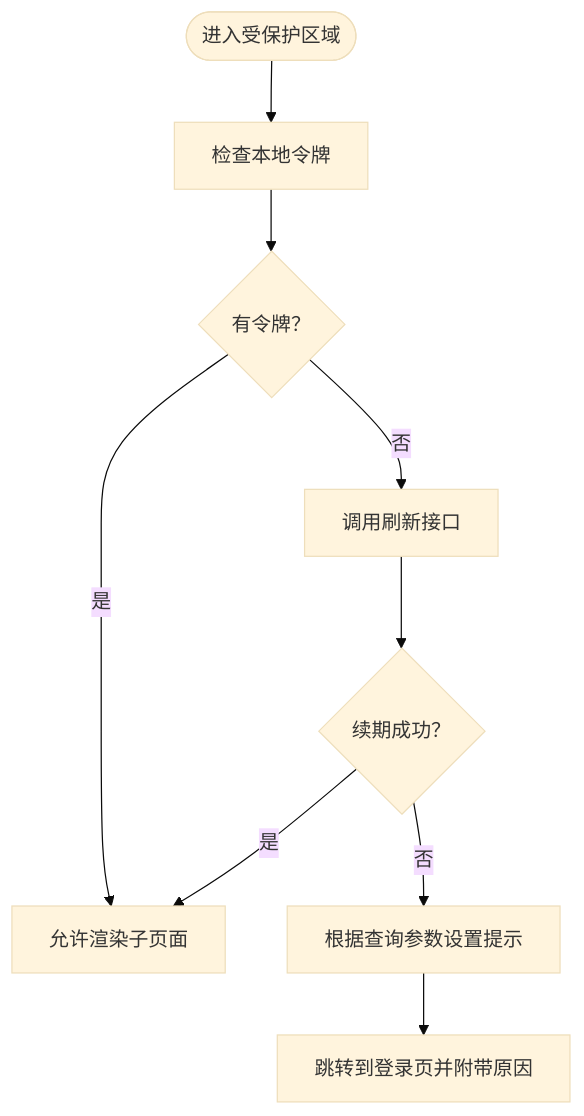
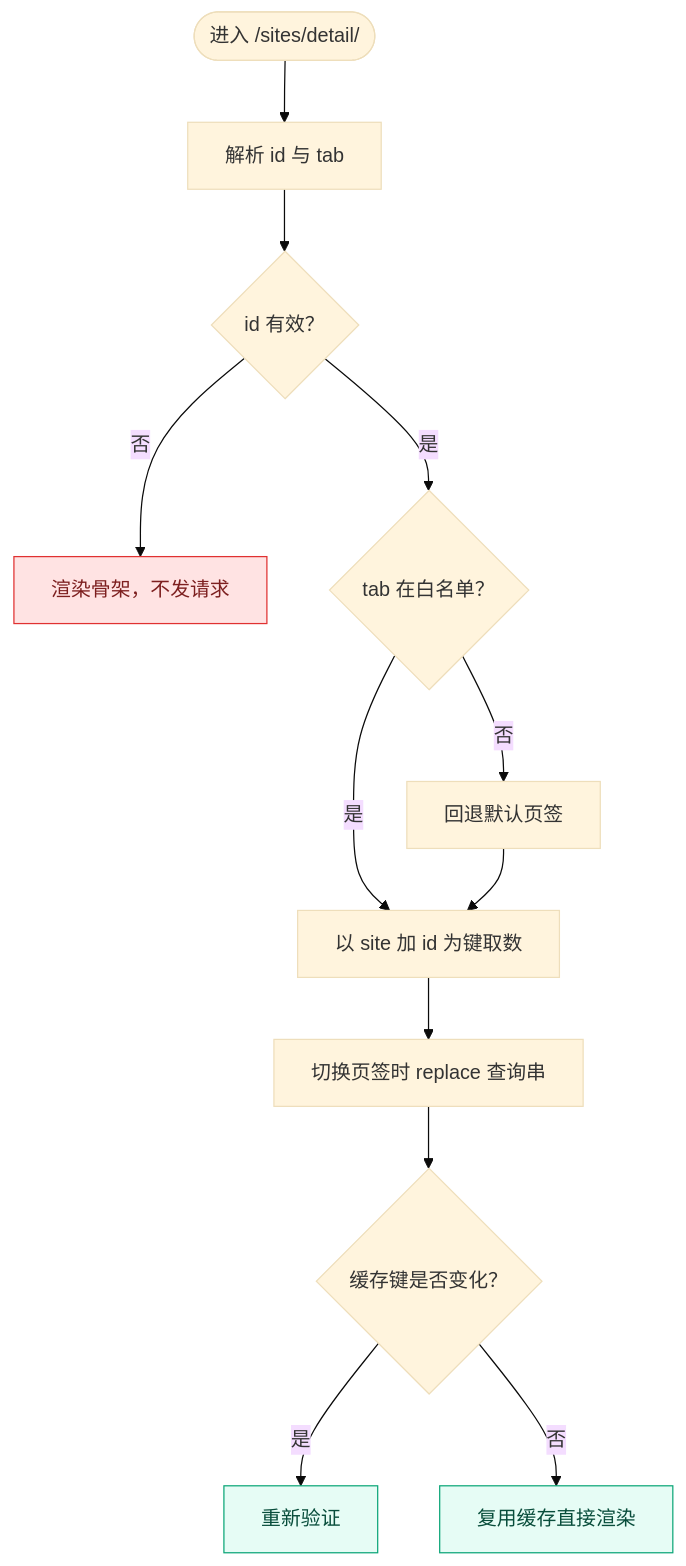
The fifth of 9 diagrams in docs/前端管理界面/Next.js 架构设计/页面生命周期与渲染策略.md (x01n/My-OpenWaf), drawn with Mermaid (base theme) before and after one commit. The commit also changed other lines of this file and 622 other files, not shown here.

````diff
--- a/docs/前端管理界面/Next.js 架构设计/页面生命周期与渲染策略.md
+++ b/docs/前端管理界面/Next.js 架构设计/页面生命周期与渲染策略.md
@@ -210,11 +326,18 @@
 ```mermaid
 flowchart TD
-Enter(["进入受保护区域"]) --> CheckLocal["检查本地令牌"]
-CheckLocal --> HasToken{"有令牌？"}
-HasToken --> |是| Allow["允许渲染子页面"]
-HasToken --> |否| TryRefresh["调用刷新接口"]
-TryRefresh --> RefreshOK{"续期成功？"}
-RefreshOK --> |是| Allow
-RefreshOK --> |否| Reason["根据查询参数设置提示"]
-Reason --> Redirect["跳转到登录页并附带原因"]
+  S(["进入 /sites/detail/"]) --> P["解析 id 与 tab"]
+  P --> C1{"id 有效？"}
+  C1 --> |否| SK["渲染骨架，不发请求"]
+  C1 --> |是| C2{"tab 在白名单？"}
+  C2 --> |否| DEF["回退默认页签"]
+  C2 --> |是| USE["以 site 加 id 为键取数"]
+  DEF --> USE
+  USE --> R["切换页签时 replace 查询串"]
+  R --> K{"缓存键是否变化？"}
+  K --> |是| F["重新验证"]
+  K --> |否| D["复用缓存直接渲染"]
+  classDef bad fill:#ffe3e3,stroke:#e03131,color:#7d1f1f
+  classDef good fill:#e6fcf5,stroke:#0ca678,color:#084d3b
+  class SK bad
+  class D,F good
 ```
````
